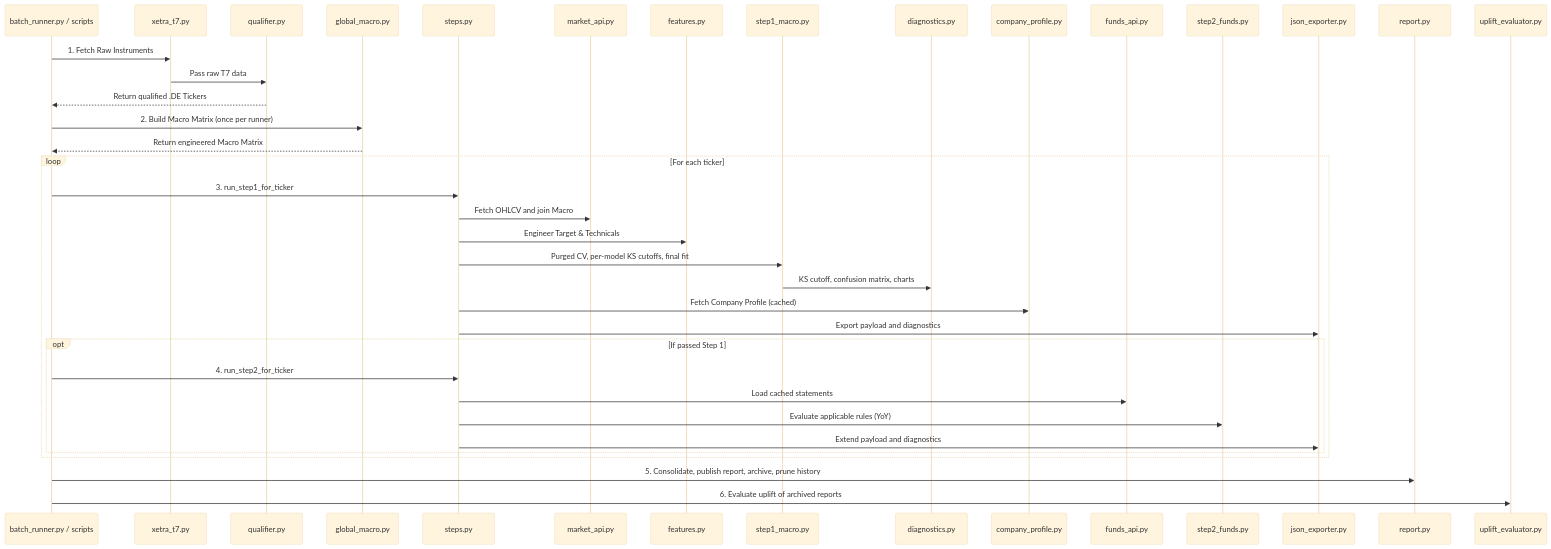
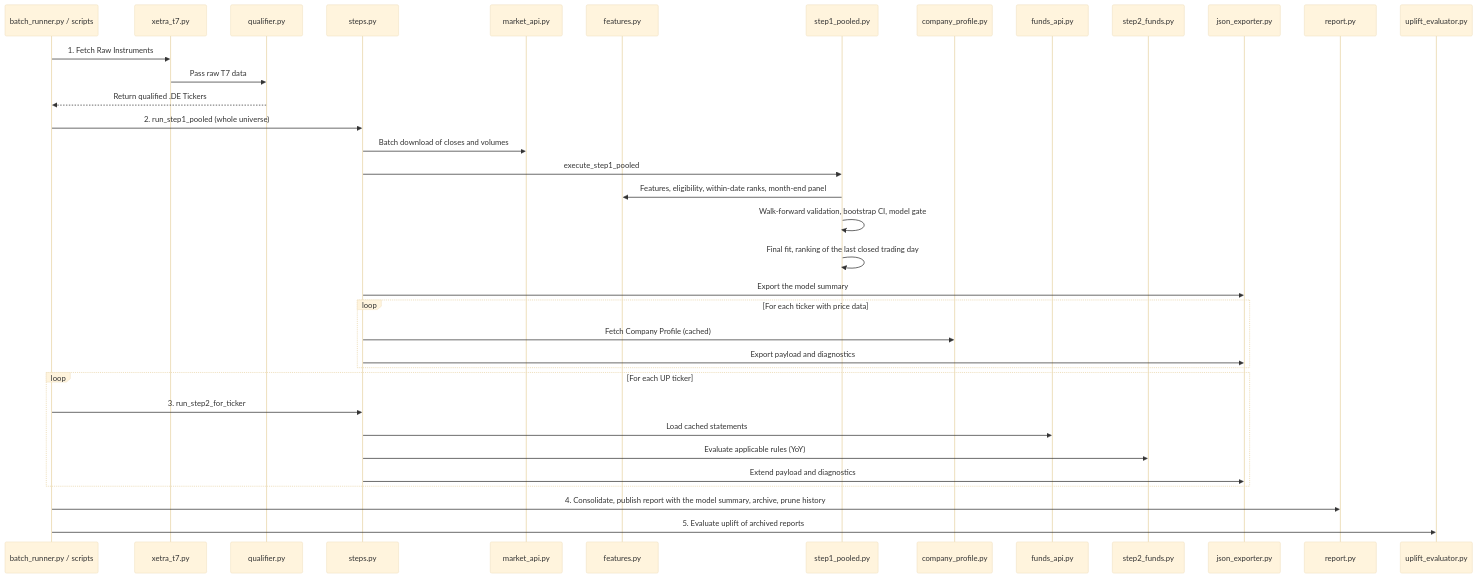
Before and after one commit to kleinnconrad/ml.prediction.stocks: the diagram in src/README.md, drawn with Mermaid (base theme). The commit also changed other lines of this file and 34 other files, not shown here.

````diff
--- a/src/README.md
+++ b/src/README.md
@@ -16,45 +16,42 @@
 ```mermaid
 sequenceDiagram
     participant BR as batch_runner.py / scripts
     participant T7 as xetra_t7.py
     participant QUAL as qualifier.py
-    participant GM as global_macro.py
     participant ST as steps.py
     participant MA as market_api.py
     participant FEAT as features.py
-    participant S1 as step1_macro.py
-    participant DIAG as diagnostics.py
+    participant S1 as step1_pooled.py
     participant CP as company_profile.py
     participant FA as funds_api.py
     participant S2 as step2_funds.py
     participant JE as json_exporter.py
     participant REP as report.py
     participant UP as uplift_evaluator.py
 
     BR->>T7: 1. Fetch Raw Instruments
     T7->>QUAL: Pass raw T7 data
     QUAL-->>BR: Return qualified .DE Tickers
 
-    BR->>GM: 2. Build Macro Matrix (once per runner)
-    GM-->>BR: Return engineered Macro Matrix
-
-    loop For each ticker
-        BR->>ST: 3. run_step1_for_ticker
-        ST->>MA: Fetch OHLCV and join Macro
-        ST->>FEAT: Engineer Target & Technicals
-        ST->>S1: Purged CV, per-model KS cutoffs, final fit
-        S1->>DIAG: KS cutoff, confusion matrix, charts
+    BR->>ST: 2. run_step1_pooled (whole universe)
+    ST->>MA: Batch download of closes and volumes
+    ST->>S1: execute_step1_pooled
+    S1->>FEAT: Features, eligibility, within-date ranks, month-end panel
+    S1->>S1: Walk-forward validation, bootstrap CI, model gate
+    S1->>S1: Final fit, ranking of the last closed trading day
+    ST->>JE: Export the model summary
+    loop For each ticker with price data
         ST->>CP: Fetch Company Profile (cached)
         ST->>JE: Export payload and diagnostics
-
-        opt If passed Step 1
-            BR->>ST: 4. run_step2_for_ticker
-            ST->>FA: Load cached statements
-            ST->>S2: Evaluate applicable rules (YoY)
-            ST->>JE: Extend payload and diagnostics
-        end
     end
 
-    BR->>REP: 5. Consolidate, publish report, archive, prune history
-    BR->>UP: 6. Evaluate uplift of archived reports
+    loop For each UP ticker
+        BR->>ST: 3. run_step2_for_ticker
+        ST->>FA: Load cached statements
+        ST->>S2: Evaluate applicable rules (YoY)
+        ST->>JE: Extend payload and diagnostics
+    end
+
+    BR->>REP: 4. Consolidate, publish report with the model summary, archive, prune history
+    BR->>UP: 5. Evaluate uplift of archived reports
 ```
````
